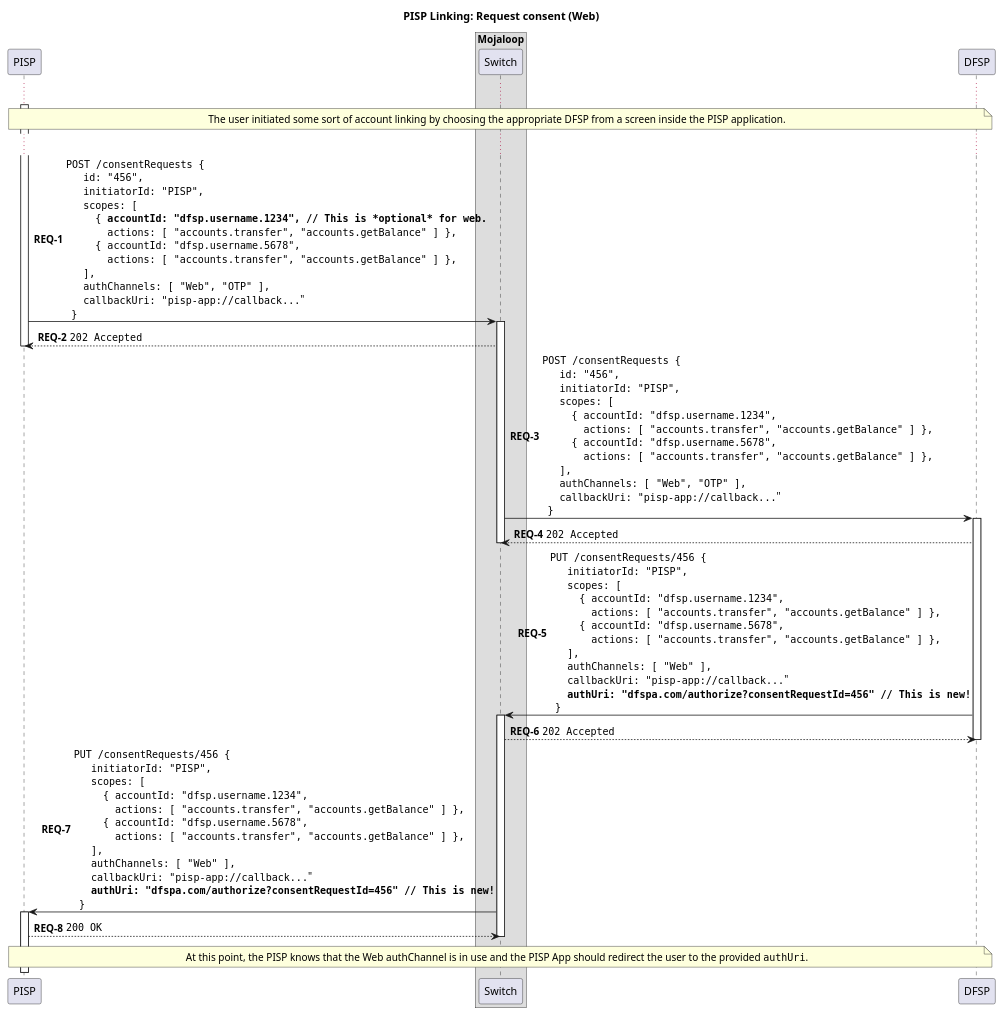
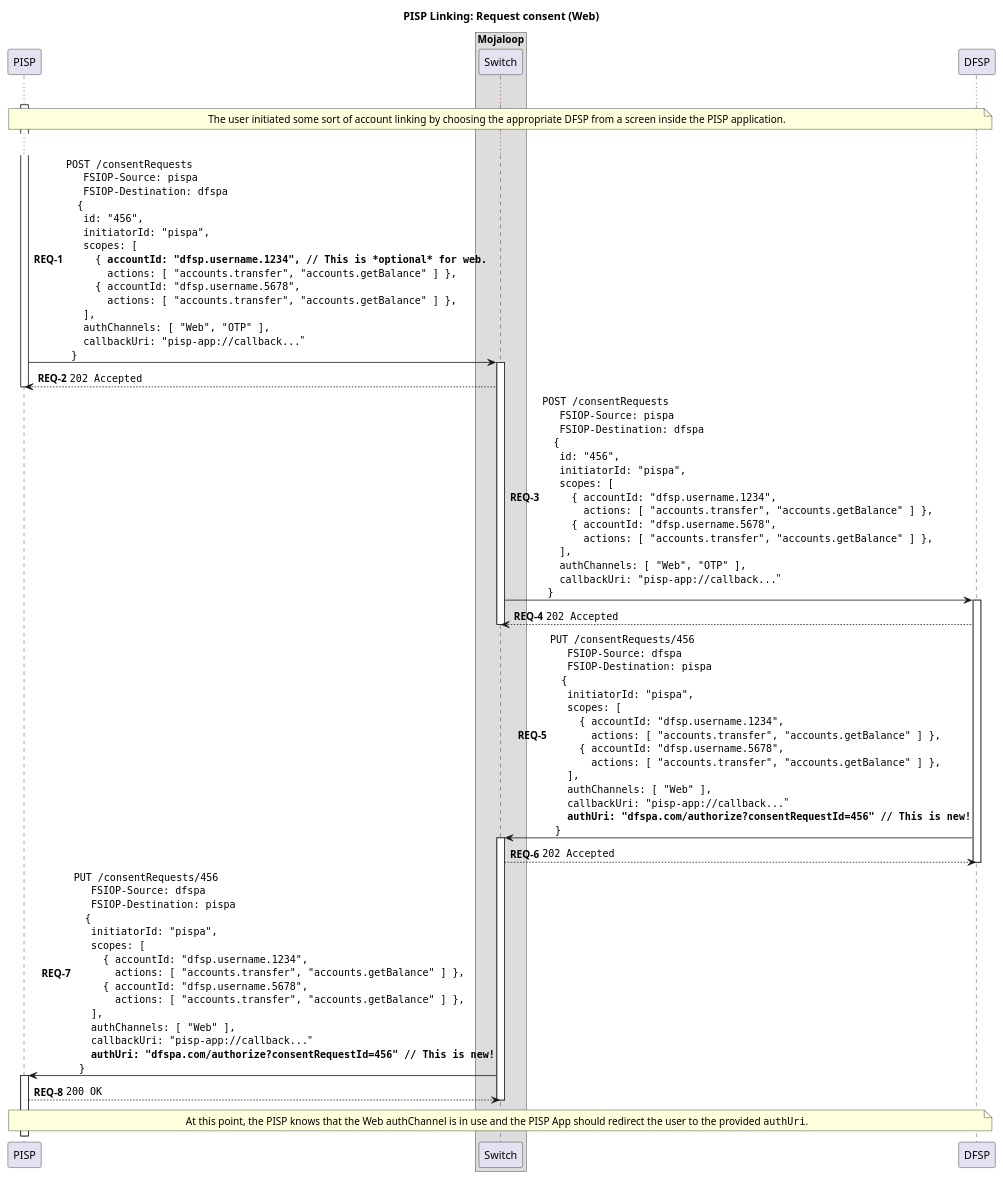
Before and after one commit to mojaloop/pisp-project: the diagram in docs/linking/2-request-consent-web.puml, drawn with PlantUML. The commit also changed 12 other files, not shown here.

First line of the commit message:
feat(docs): update linking documentation to include FSPIOP-Source and -Destination headers (#59)

```diff
--- a/docs/linking/2-request-consent-web.puml
+++ b/docs/linking/2-request-consent-web.puml
@@ -1,90 +1,102 @@
 @startuml
 
 title PISP Linking: Request consent (Web)
 
 participant "PISP" as PISP
 
 box "Mojaloop"
     participant Switch
 end box
 
 participant DFSP
 
 autonumber 1 "<b>REQ-#</b>"
 
 activate PISP
 
 ...
 
 note over PISP, DFSP
     The user initiated some sort of account linking by choosing the appropriate DFSP from a screen inside the PISP application.
 end note
 
 ...
 
-PISP -> Switch ++: ""POST /consentRequests {""\n\
+PISP -> Switch ++: ""POST /consentRequests""\n\
+  ""  FSIOP-Source: pispa""\n\
+  ""  FSIOP-Destination: dfspa""\n\
+  "" {""\n\
   ""  id: "456",""\n\
-  ""  initiatorId: "PISP",""\n\
+  ""  initiatorId: "pispa",""\n\
   ""  scopes: [ ""\n\
   ""    { **accountId: "dfsp.username.1234", // This is *optional* for web.**""\n\
   ""      actions: [ "accounts.transfer", "accounts.getBalance" ] },""\n\
   ""    { accountId: "dfsp.username.5678",""\n\
   ""      actions: [ "accounts.transfer", "accounts.getBalance" ] },""\n\
   ""  ],""\n\
   ""  authChannels: [ "Web", "OTP" ],""\n\
   ""  callbackUri: "pisp-app://callback..."""\n\
   ""}""
 Switch --> PISP: ""202 Accepted""
 deactivate PISP
 
-Switch -> DFSP ++:  ""POST /consentRequests {""\n\
+Switch -> DFSP ++:  ""POST /consentRequests""\n\
+  ""  FSIOP-Source: pispa""\n\
+  ""  FSIOP-Destination: dfspa""\n\
+  "" {""\n\
   ""  id: "456",""\n\
-  ""  initiatorId: "PISP",""\n\
+  ""  initiatorId: "pispa",""\n\
   ""  scopes: [ ""\n\
   ""    { accountId: "dfsp.username.1234",""\n\
   ""      actions: [ "accounts.transfer", "accounts.getBalance" ] },""\n\
   ""    { accountId: "dfsp.username.5678",""\n\
   ""      actions: [ "accounts.transfer", "accounts.getBalance" ] },""\n\
   ""  ],""\n\
   ""  authChannels: [ "Web", "OTP" ],""\n\
   ""  callbackUri: "pisp-app://callback..."""\n\
   ""}""
 DFSP --> Switch: ""202 Accepted""
 deactivate Switch
 
-DFSP -> Switch ++: ""PUT /consentRequests/456 {""\n\
-  ""  initiatorId: "PISP",""\n\
+DFSP -> Switch ++: ""PUT /consentRequests/456""\n\
+  ""  FSIOP-Source: dfspa""\n\
+  ""  FSIOP-Destination: pispa""\n\
+  "" {""\n\
+  ""  initiatorId: "pispa",""\n\
   ""  scopes: [ ""\n\
   ""    { accountId: "dfsp.username.1234",""\n\
   ""      actions: [ "accounts.transfer", "accounts.getBalance" ] },""\n\
   ""    { accountId: "dfsp.username.5678",""\n\
   ""      actions: [ "accounts.transfer", "accounts.getBalance" ] },""\n\
   ""  ],""\n\
   ""  authChannels: [ "Web" ],""\n\
   ""  callbackUri: "pisp-app://callback..."""\n\
   ""  **authUri: "dfspa.com/authorize?consentRequestId=456" // This is new!**""\n\
   ""}""
 ' TODO: Should this be 200 OK? or 202 Accepted?
 Switch --> DFSP: ""202 Accepted""
 deactivate DFSP
 
-Switch -> PISP ++: ""PUT /consentRequests/456 {""\n\
-  ""  initiatorId: "PISP",""\n\
+Switch -> PISP ++: ""PUT /consentRequests/456""\n\
+  ""  FSIOP-Source: dfspa""\n\
+  ""  FSIOP-Destination: pispa""\n\
+  "" {""\n\
+  ""  initiatorId: "pispa",""\n\
   ""  scopes: [ ""\n\
   ""    { accountId: "dfsp.username.1234",""\n\
   ""      actions: [ "accounts.transfer", "accounts.getBalance" ] },""\n\
   ""    { accountId: "dfsp.username.5678",""\n\
   ""      actions: [ "accounts.transfer", "accounts.getBalance" ] },""\n\
   ""  ],""\n\
   ""  authChannels: [ "Web" ],""\n\
   ""  callbackUri: "pisp-app://callback..."""\n\
   ""  **authUri: "dfspa.com/authorize?consentRequestId=456" // This is new!**""\n\
   ""}""
 PISP --> Switch: ""200 OK""
 deactivate Switch
 
 note over PISP, DFSP
   At this point, the PISP knows that the Web authChannel is in use and the PISP App should redirect the user to the provided ""authUri"".
 end note
 
 @enduml
```
